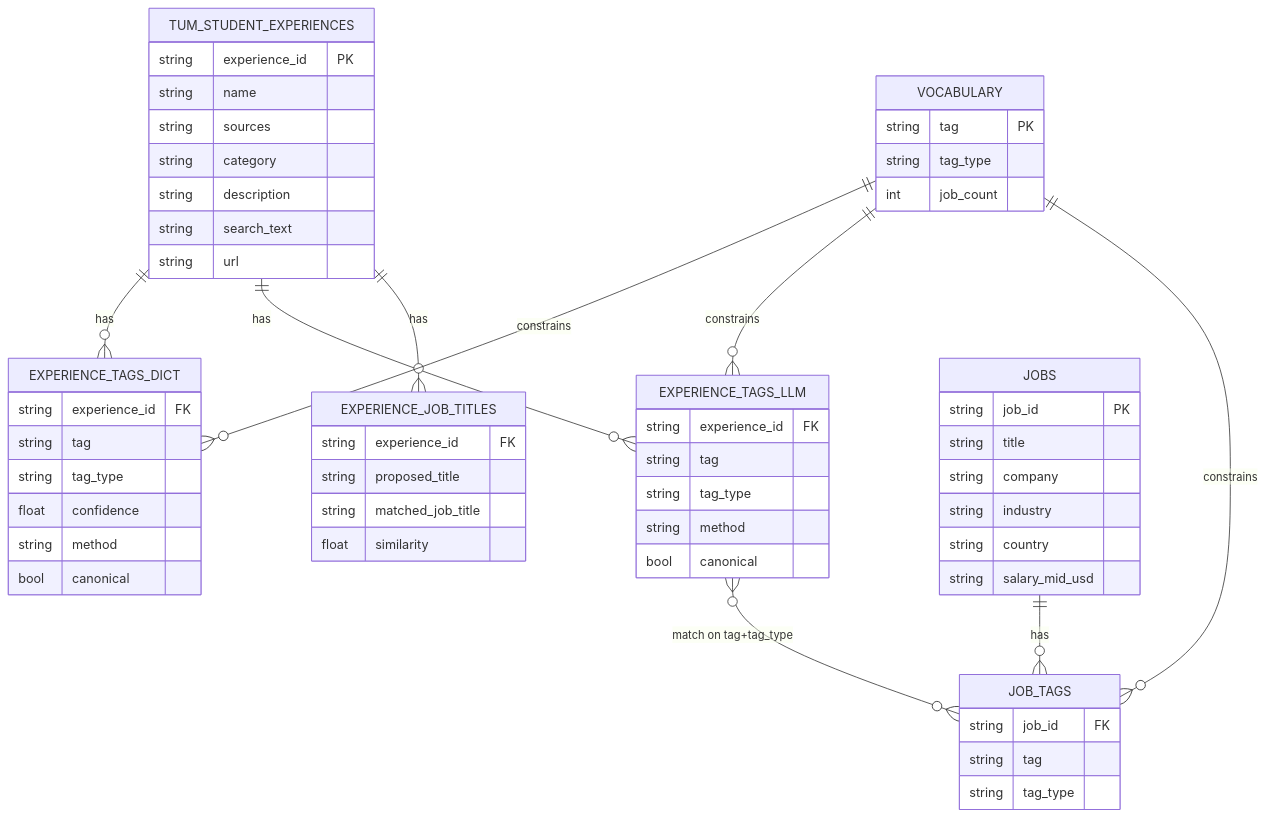
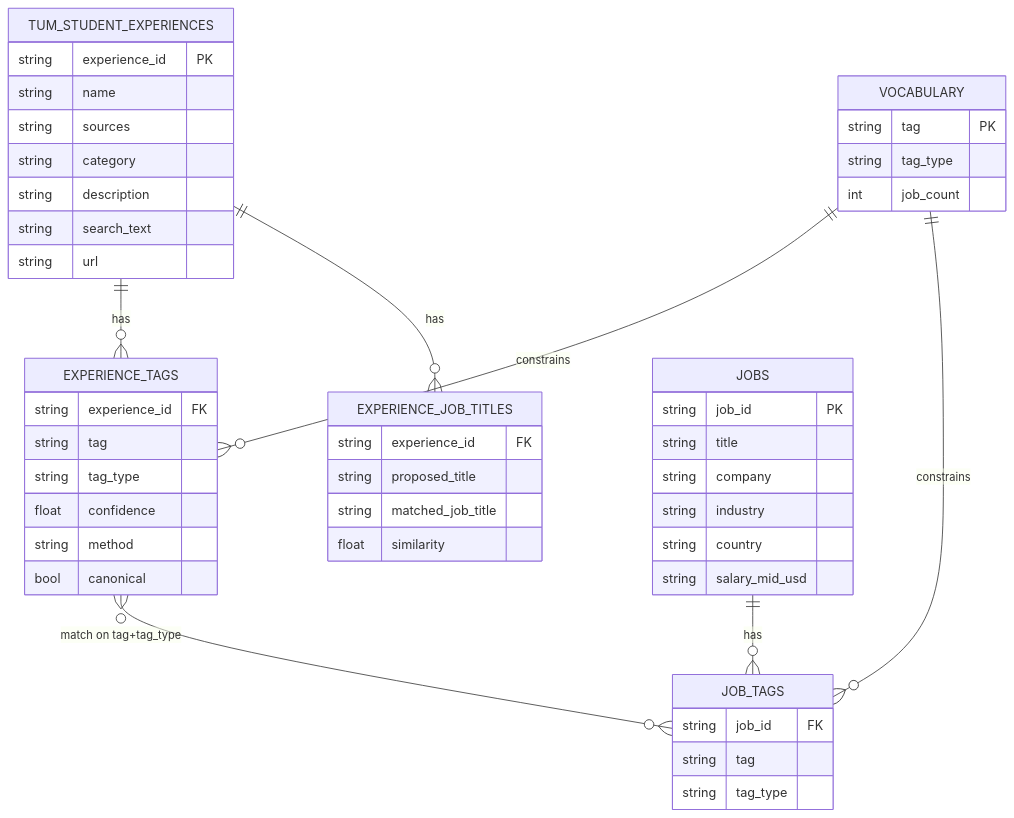
One commit to namitdeb739/career-detective changed the second of 2 diagrams in docs/data-pipeline.md. Above: the diagram before and after it, drawn with Mermaid. The commit also changed 1 other file, not shown here.

Commit message:
docs(data): ER diagram uses unified experience_tags for the match
Replace the dict/llm intermediate tables in the schema diagram with the merged
EXPERIENCE_TAGS (confidence/method/canonical), and put the experience-to-job
match on it. The dict+llm lineage stays in the at-a-glance flow diagram.

````diff
--- a/docs/data-pipeline.md
+++ b/docs/data-pipeline.md
@@ -152,60 +152,51 @@
 ```mermaid
 erDiagram
-    TUM_STUDENT_EXPERIENCES ||--o{ EXPERIENCE_TAGS_DICT : has
-    TUM_STUDENT_EXPERIENCES ||--o{ EXPERIENCE_TAGS_LLM : has
+    TUM_STUDENT_EXPERIENCES ||--o{ EXPERIENCE_TAGS : has
     TUM_STUDENT_EXPERIENCES ||--o{ EXPERIENCE_JOB_TITLES : has
-    VOCABULARY ||--o{ EXPERIENCE_TAGS_DICT : constrains
-    VOCABULARY ||--o{ EXPERIENCE_TAGS_LLM : constrains
+    VOCABULARY ||--o{ EXPERIENCE_TAGS : constrains
     VOCABULARY ||--o{ JOB_TAGS : constrains
     JOBS ||--o{ JOB_TAGS : has
-    EXPERIENCE_TAGS_LLM }o--o{ JOB_TAGS : "match on tag+tag_type"
+    EXPERIENCE_TAGS }o--o{ JOB_TAGS : "match on tag+tag_type"
 
     TUM_STUDENT_EXPERIENCES {
         string experience_id PK
         string name
         string sources
         string category
         string description
         string search_text
         string url
     }
-    EXPERIENCE_TAGS_LLM {
-        string experience_id FK
-        string tag
-        string tag_type
-        string method
-        bool canonical
-    }
-    EXPERIENCE_TAGS_DICT {
+    EXPERIENCE_TAGS {
         string experience_id FK
         string tag
         string tag_type
         float confidence
         string method
         bool canonical
     }
     EXPERIENCE_JOB_TITLES {
         string experience_id FK
         string proposed_title
         string matched_job_title
         float similarity
     }
     VOCABULARY {
         string tag PK
         string tag_type
         int job_count
     }
     JOBS {
         string job_id PK
         string title
         string company
         string industry
         string country
         string salary_mid_usd
     }
     JOB_TAGS {
         string job_id FK
         string tag
         string tag_type
     }
 ```
````
